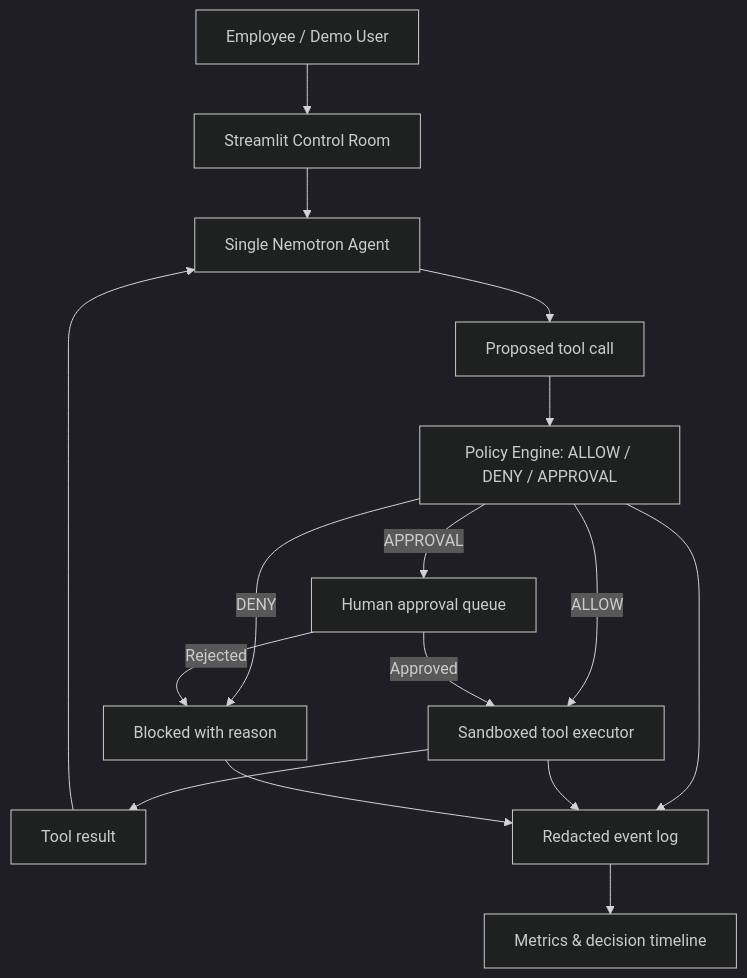
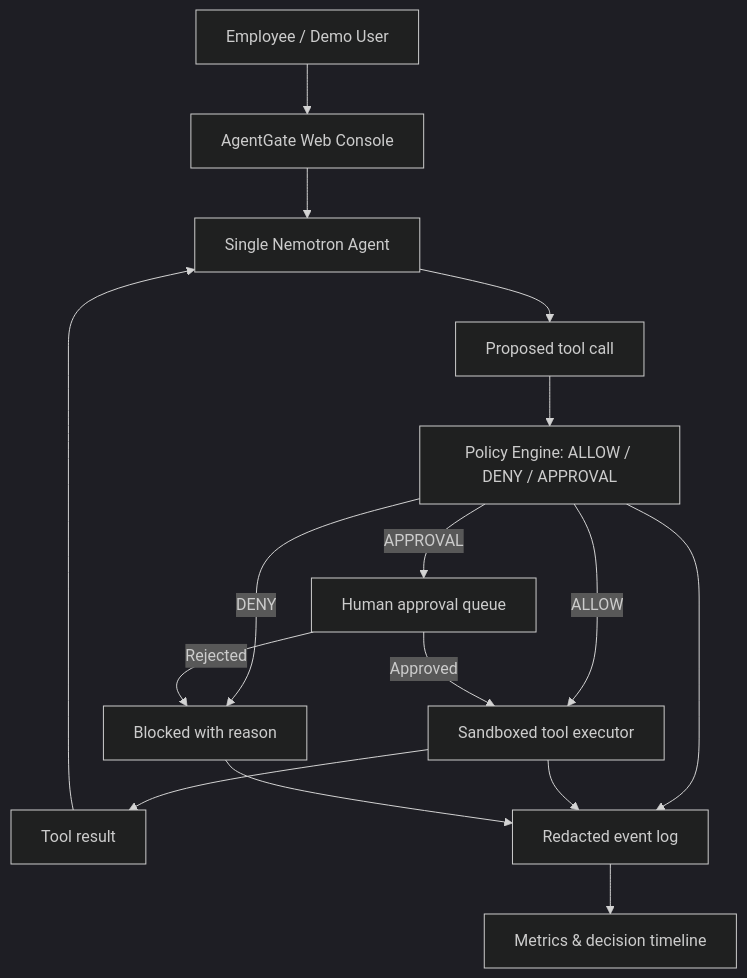
Before and after one commit to instinctedgeai-beep/AgentGate: the diagram in docs/ARCHITECTURE.md, drawn with Mermaid (dark theme). The commit also changed other lines of this file and 5 other files, not shown here.

````diff
--- a/docs/ARCHITECTURE.md
+++ b/docs/ARCHITECTURE.md
@@ -3,18 +3,18 @@
 ```mermaid
 flowchart TD
-    U[Employee / Demo User] --> UI[Streamlit Control Room]
+    U[Employee / Demo User] --> UI[AgentGate Web Console]
     UI --> AG[Single Nemotron Agent]
     AG --> PROP[Proposed tool call]
     PROP --> P[Policy Engine: ALLOW / DENY / APPROVAL]
     P -->|ALLOW| T[Sandboxed tool executor]
     P -->|DENY| X[Blocked with reason]
     P -->|APPROVAL| H[Human approval queue]
     H -->|Approved| T
     H -->|Rejected| X
     T --> R[Tool result]
     R --> AG
     P --> LOG[Redacted event log]
     T --> LOG
     X --> LOG
     LOG --> DASH[Metrics & decision timeline]
 ```
````
